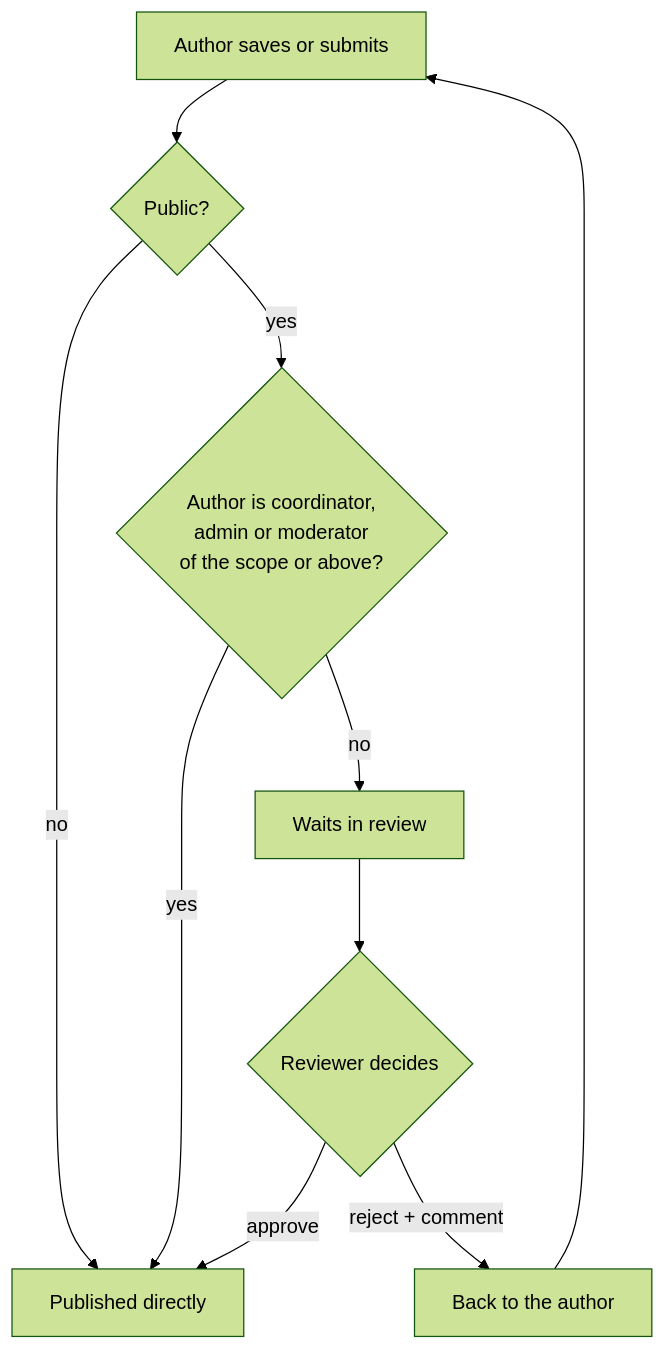
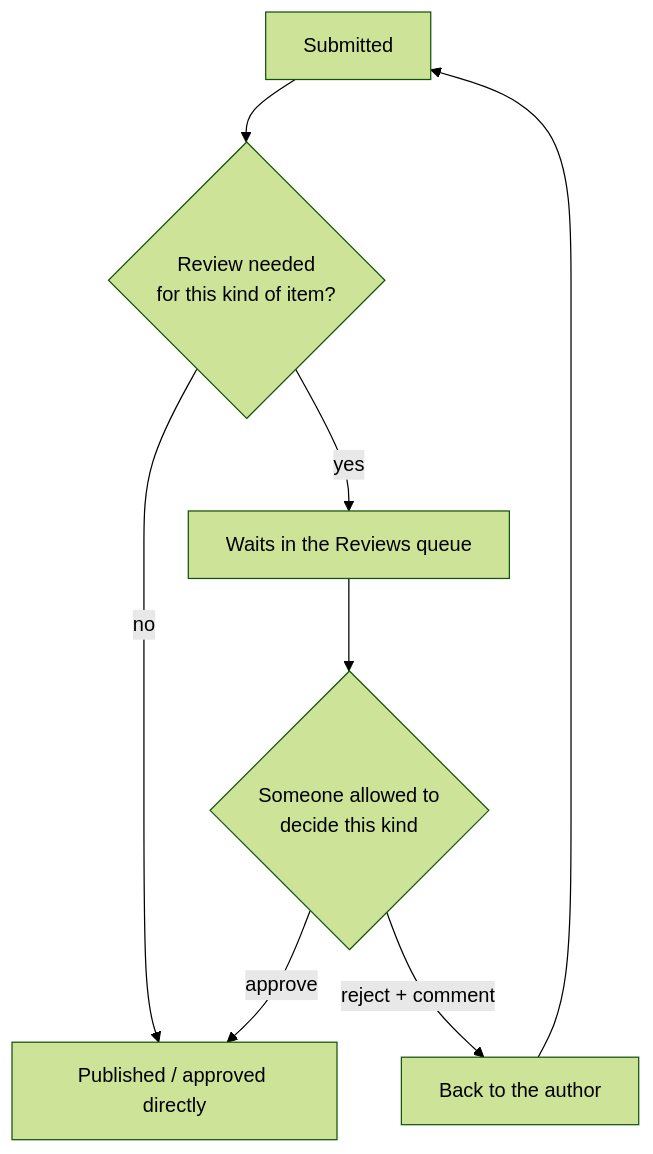
The diagram in src/core/reviews/features/review-flow.md (Konkrad/cms), drawn with Mermaid (forest theme) before and after one commit. The commit also changed other lines of this file and 54 other files, not shown here.

First line of the commit message:
One review flow for content, jobs, election applications and qualification claims (#128)

````diff
--- a/src/core/reviews/features/review-flow.md
+++ b/src/core/reviews/features/review-flow.md
@@ -15,11 +23,9 @@
 ```mermaid
 flowchart TD
-    A[Author saves or submits] --> P{Public?}
-    P -- no --> PUB[Published directly]
-    P -- yes --> R{Author is coordinator,<br/>admin or moderator<br/>of the scope or above?}
-    R -- yes --> PUB
-    R -- no --> Q[Waits in review]
-    Q --> D{Reviewer decides}
+    A[Submitted] --> R{Review needed<br/>for this kind of item?}
+    R -- no --> PUB[Published / approved directly]
+    R -- yes --> Q[Waits in the Reviews queue]
+    Q --> D{Someone allowed to<br/>decide this kind}
     D -- approve --> PUB
     D -- reject + comment --> E[Back to the author] --> A
 ```
````
